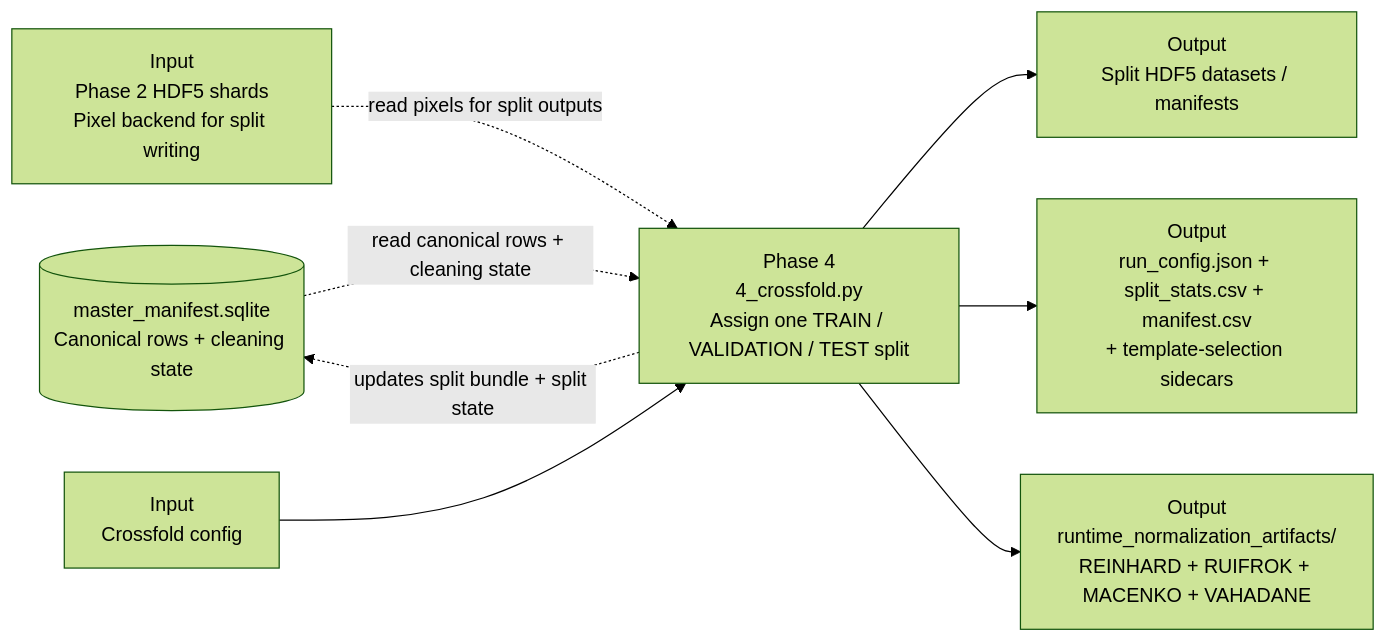
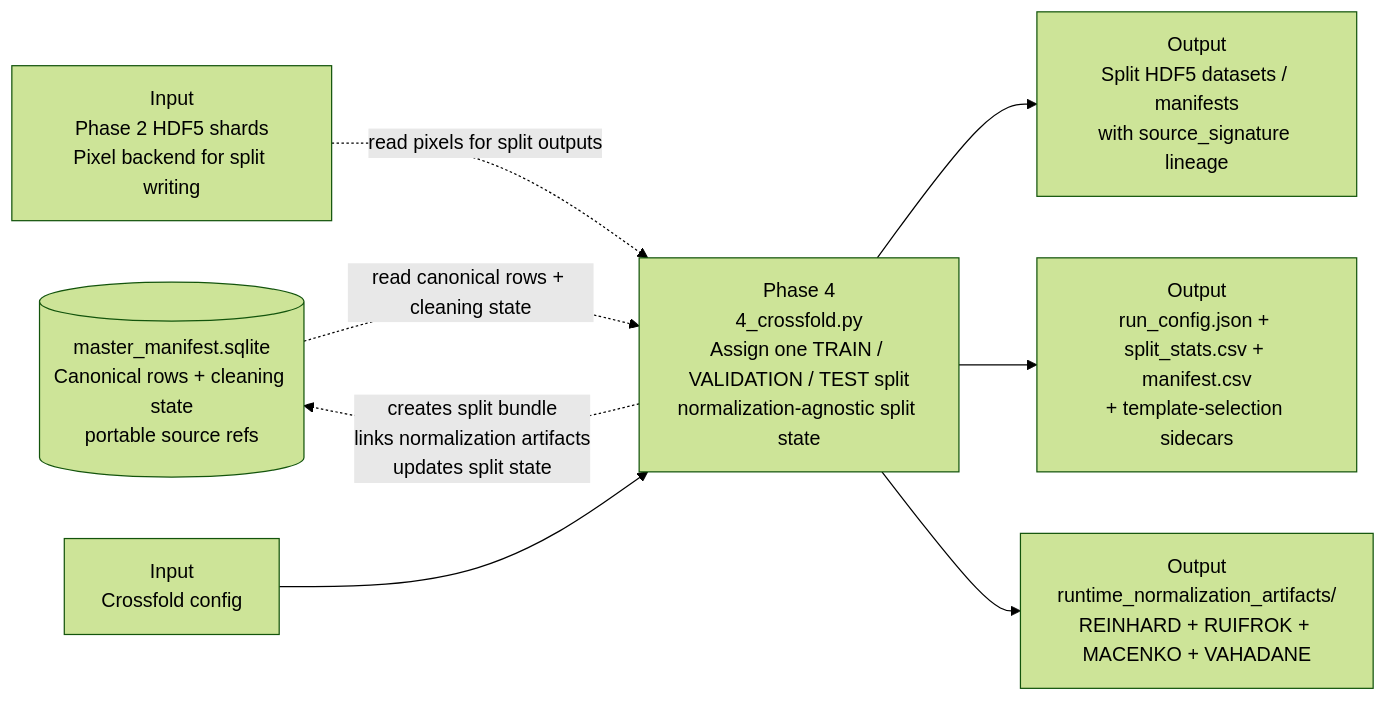
Before and after one commit to bhnunes/Master_Coding: the diagram in MERMAID/phase_4_crossfold_preparation.mermaid, drawn with Mermaid (forest theme). The commit also changed 27 other files, not shown here.

```diff
--- a/MERMAID/phase_4_crossfold_preparation.mermaid
+++ b/MERMAID/phase_4_crossfold_preparation.mermaid
@@ -1,16 +1,16 @@
 flowchart LR
-    manifest[(master_manifest.sqlite<br/>Canonical rows + cleaning state)]
+    manifest[(master_manifest.sqlite<br/>Canonical rows + cleaning state<br/>portable source refs)]
     shards[Input<br/>Phase 2 HDF5 shards<br/>Pixel backend for split writing]
     env[Input<br/>Crossfold config]
-    p4[Phase 4<br/>4_crossfold.py<br/>Assign one TRAIN / VALIDATION / TEST split]
-    split_hdf5[Output<br/>Split HDF5 datasets / manifests]
+    p4[Phase 4<br/>4_crossfold.py<br/>Assign one TRAIN / VALIDATION / TEST split<br/>normalization-agnostic split state]
+    split_hdf5[Output<br/>Split HDF5 datasets / manifests<br/>with source_signature lineage]
     run_cfg[Output<br/>run_config.json + split_stats.csv + manifest.csv<br/>+ template-selection sidecars]
     norm_artifacts[Output<br/>runtime_normalization_artifacts/<br/>REINHARD + RUIFROK + MACENKO + VAHADANE]
 
     manifest -. read canonical rows + cleaning state .-> p4
     shards -. read pixels for split outputs .-> p4
     env --> p4
     p4 --> split_hdf5
     p4 --> run_cfg
     p4 --> norm_artifacts
-    p4 -. updates split bundle + split state .-> manifest
+    p4 -. creates split bundle<br/>links normalization artifacts<br/>updates split state .-> manifest
```
